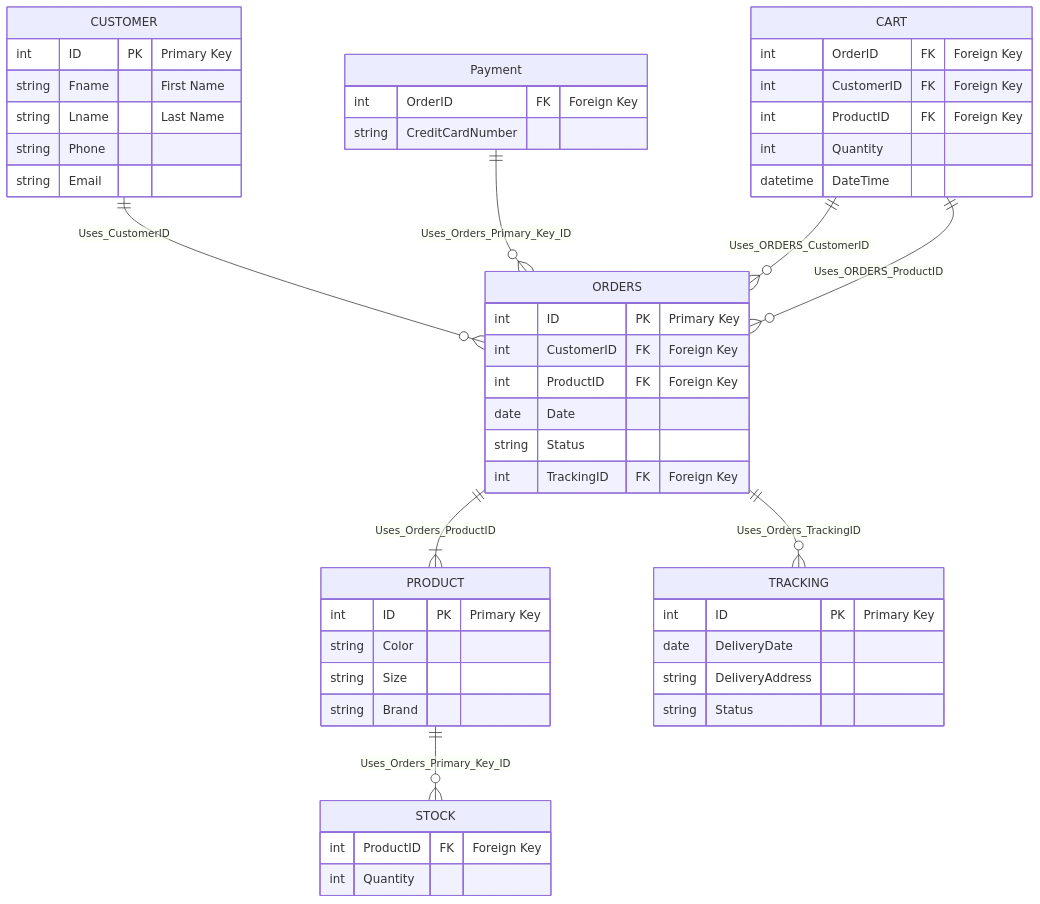
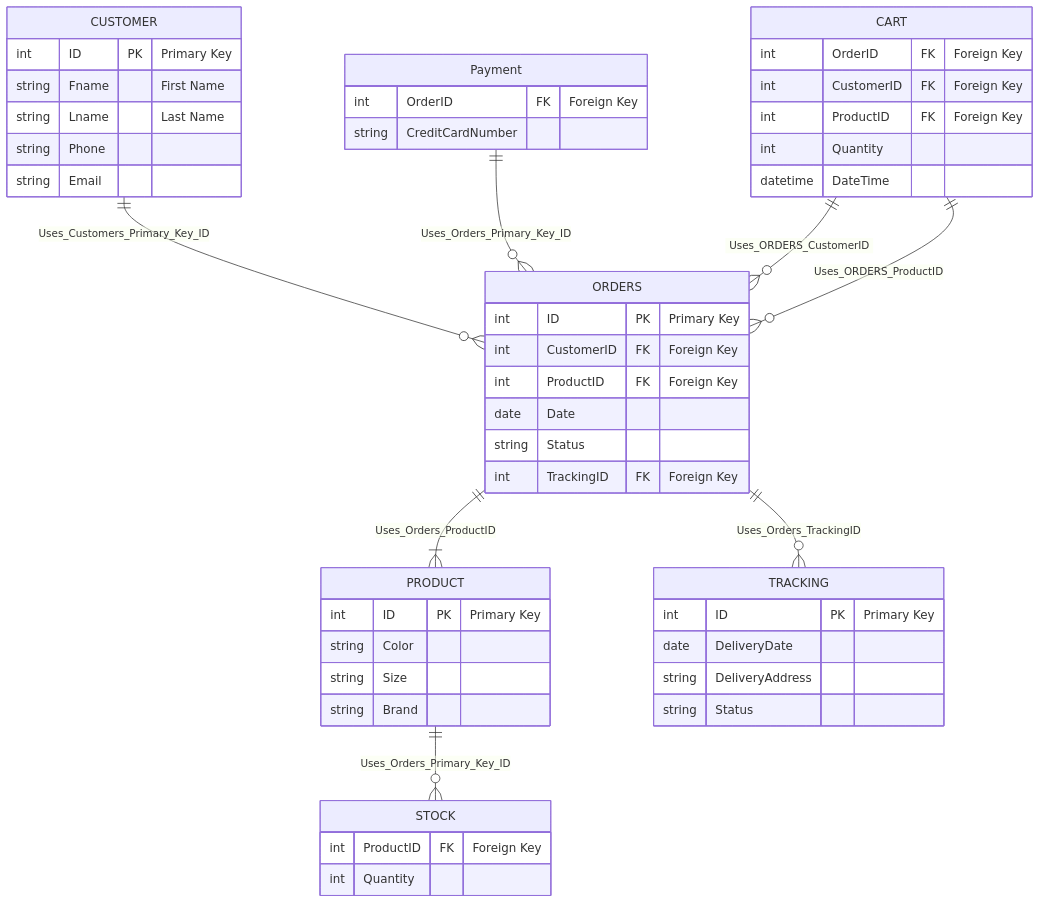
The diagram in README.md (Calvin-Schmeichel/SE211-MySQL-Group6), drawn with Mermaid before and after one commit.

````diff
--- a/README.md
+++ b/README.md
@@ -76,58 +76,58 @@
 ```mermaid
 erDiagram
-    CUSTOMER ||--o{ ORDERS : Uses_CustomerID
+    CUSTOMER ||--o{ ORDERS : Uses_Customers_Primary_Key_ID
     CUSTOMER {
         int ID PK "Primary Key"
         string Fname "First Name"
         string Lname "Last Name"
         string Phone
         string Email
     }
     
     ORDERS ||--|{ PRODUCT : Uses_Orders_ProductID
     ORDERS ||--o{ TRACKING : Uses_Orders_TrackingID
     ORDERS {
         int ID PK "Primary Key"
         int CustomerID FK "Foreign Key"
         int ProductID FK "Foreign Key"
         date Date
         string Status
         int TrackingID FK "Foreign Key"
     }
     
     PRODUCT ||--o{ STOCK : Uses_Orders_Primary_Key_ID
     PRODUCT {
         int ID PK "Primary Key"
         string Color
         string Size
         string Brand
     }
 
 	Payment ||--o{ ORDERS : Uses_Orders_Primary_Key_ID
 	Payment {
        int OrderID FK "Foreign Key"
         string CreditCardNumber
     }
     
     TRACKING {
         int ID PK "Primary Key"
         date DeliveryDate
         string DeliveryAddress
         string Status
     }
     
     STOCK {
         int ProductID FK "Foreign Key"
         int Quantity
     }
 
 	CART ||--o{ ORDERS : Uses_ORDERS_CustomerID
 	CART ||--o{ ORDERS : Uses_ORDERS_ProductID
     CART {
         int OrderID FK "Foreign Key"
         int CustomerID FK "Foreign Key"
         int ProductID FK "Foreign Key"
         int Quantity
         datetime DateTime
     }
 ```
````
